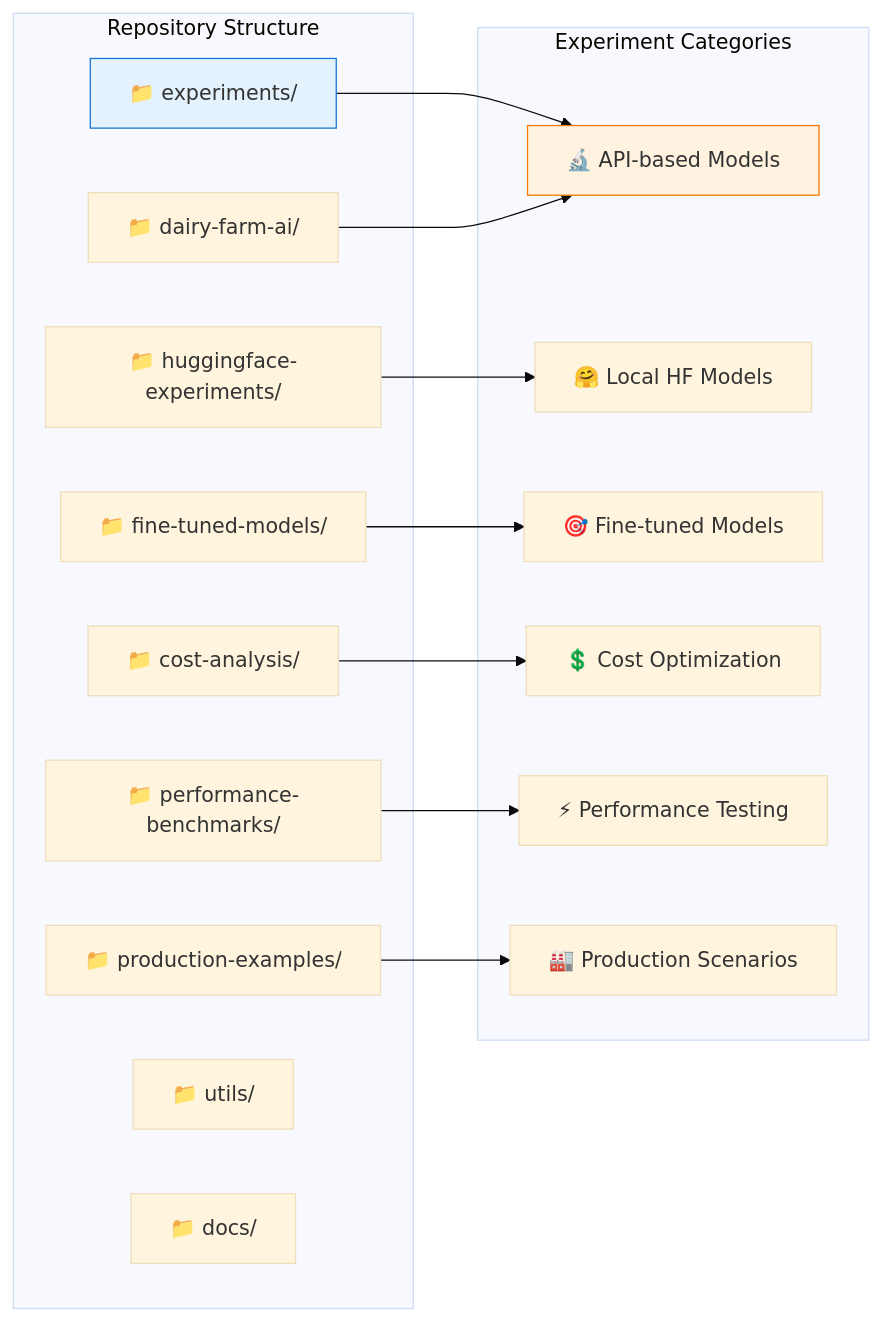
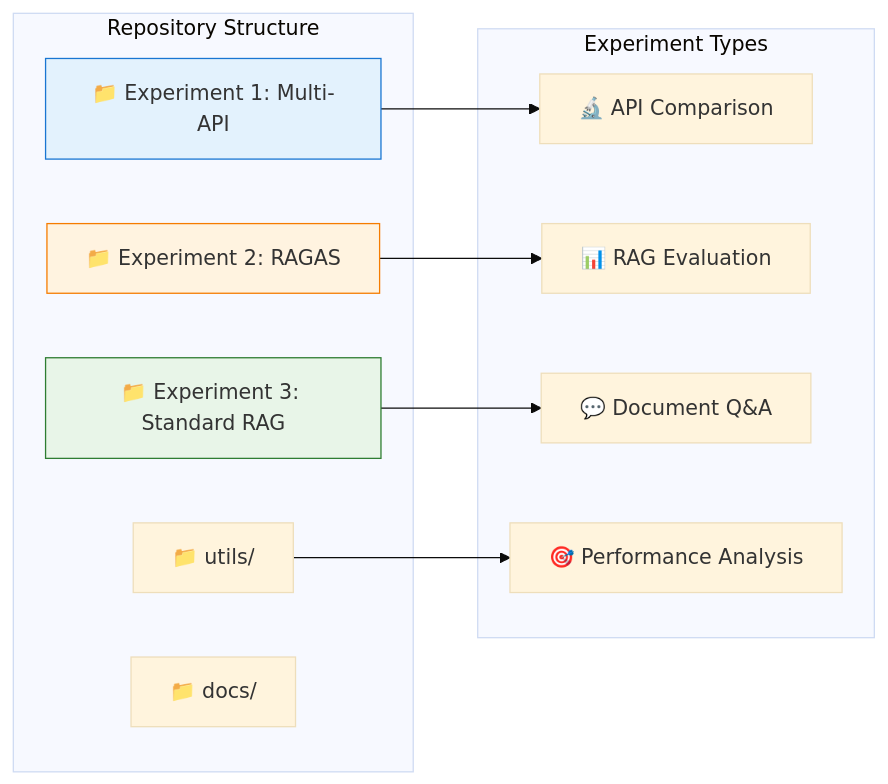
Before and after one commit to dhruvsh1997/LiteLLM-Experiments: the second of 8 diagrams in README.MD, drawn with Mermaid (base theme). The commit also changed other lines of this file, not shown here.

````diff
--- a/README.MD
+++ b/README.MD
@@ -114,34 +110,26 @@
 ```mermaid
 graph LR
     subgraph "Repository Structure"
-        A[📁 experiments/]
-        B[📁 dairy-farm-ai/]
-        C[📁 huggingface-experiments/]
-        D[📁 fine-tuned-models/]
-        E[📁 cost-analysis/]
-        F[📁 performance-benchmarks/]
-        G[📁 production-examples/]
-        H[📁 utils/]
-        I[📁 docs/]
+        A[📁 Experiment 1: Multi-API]
+        B[📁 Experiment 2: RAGAS]
+        C[📁 Experiment 3: Standard RAG]
+        D[📁 utils/]
+        E[📁 docs/]
     end
     
-    subgraph "Experiment Categories"
-        J[🔬 API-based Models]
-        K[🤗 Local HF Models]
-        L[🎯 Fine-tuned Models]
-        M[💲 Cost Optimization]
-        N[⚡ Performance Testing]
-        O[🏭 Production Scenarios]
+    subgraph "Experiment Types"
+        F[🔬 API Comparison]
+        G[📊 RAG Evaluation]
+        H[💬 Document Q&A]
+        I[🎯 Performance Analysis]
     end
     
-    A --> J
-    B --> J
-    C --> K
-    D --> L
-    E --> M
-    F --> N
-    G --> O
+    A --> F
+    B --> G
+    C --> H
+    D --> I
     
     style A fill:#E3F2FD,stroke:#1976D2
-    style J fill:#FFF3E0,stroke:#F57C00
+    style B fill:#FFF3E0,stroke:#F57C00
+    style C fill:#E8F5E8,stroke:#2E7D32
 ```
````
